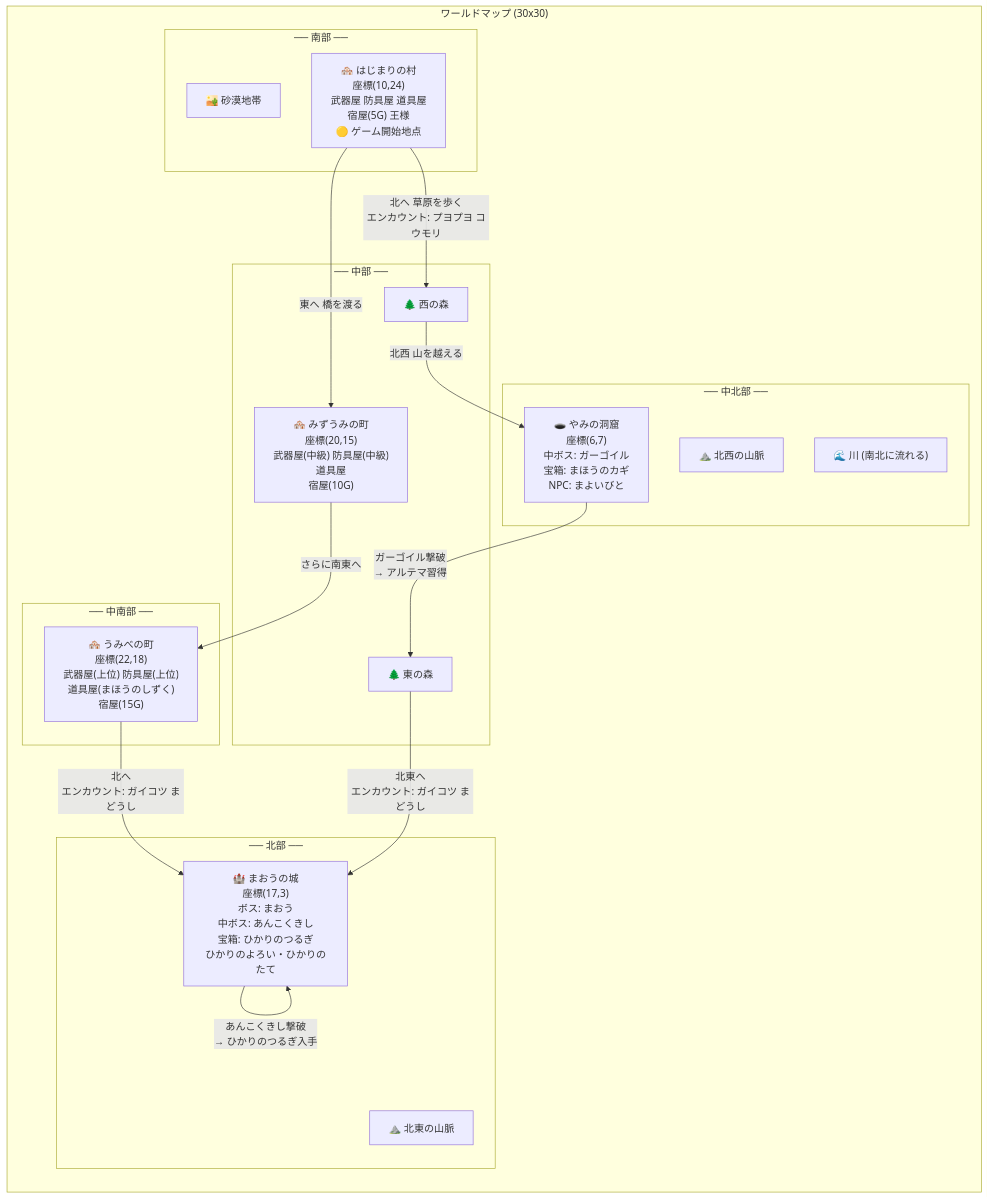
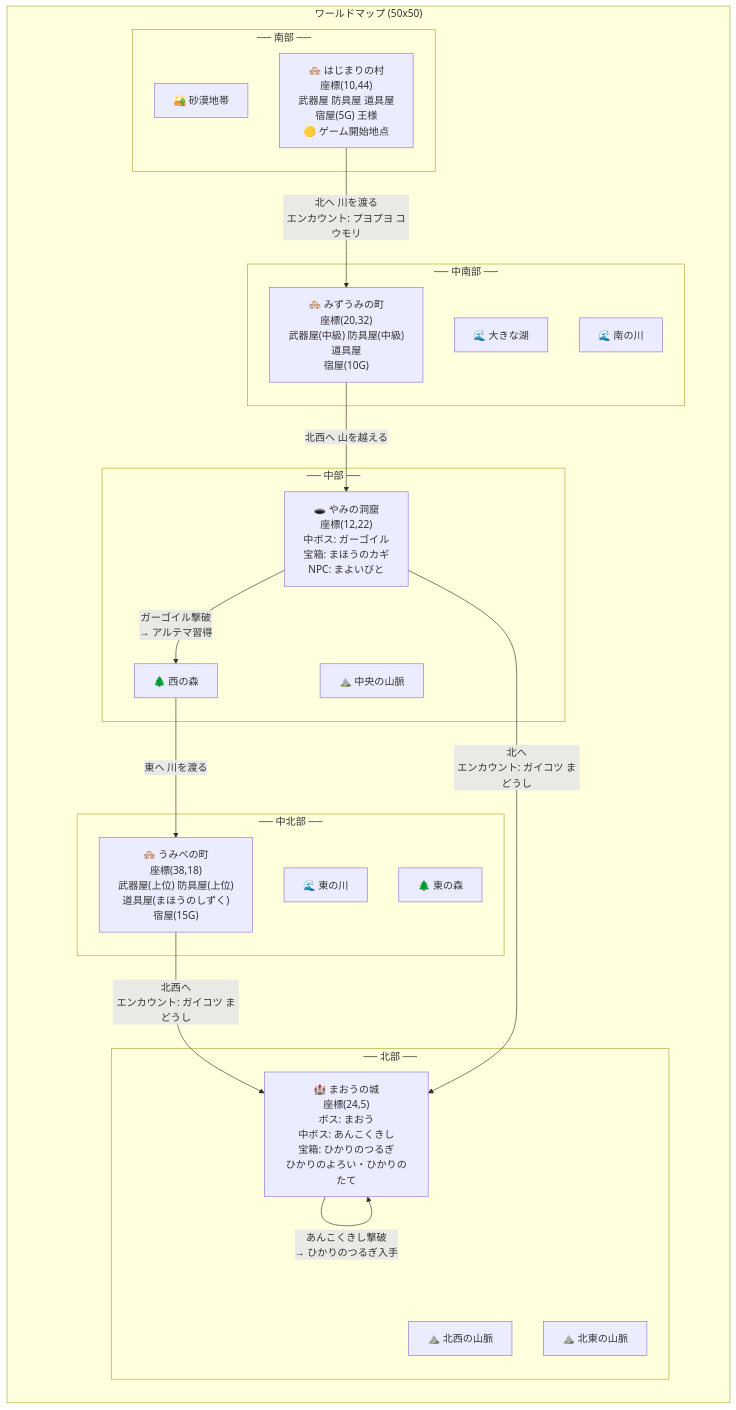
Before and after one commit to ashoji/tale-of-yusha: the first of 3 diagrams in README.md, drawn with Mermaid. The commit also changed other lines of this file, not shown here.

Commit message:
Update README for 50x50 world map and new location coordinates

````diff
--- a/README.md
+++ b/README.md
@@ -130,41 +130,43 @@
 ```mermaid
 graph TB
-    subgraph world["ワールドマップ (30x30)"]
+    subgraph world["ワールドマップ (50x50)"]
         direction TB
         
         subgraph north["── 北部 ──"]
-            DC["🏰 まおうの城<br/>座標(17,3)<br/>ボス: まおう<br/>中ボス: あんこくきし<br/>宝箱: ひかりのつるぎ<br/>ひかりのよろい・ひかりのたて"]
+            DC["🏰 まおうの城<br/>座標(24,5)<br/>ボス: まおう<br/>中ボス: あんこくきし<br/>宝箱: ひかりのつるぎ<br/>ひかりのよろい・ひかりのたて"]
+            MT1["⛰️ 北西の山脈"]
             MT2["⛰️ 北東の山脈"]
         end
         
         subgraph midnorth["── 中北部 ──"]
-            MT1["⛰️ 北西の山脈"]
-            CV["🕳️ やみの洞窟<br/>座標(6,7)<br/>中ボス: ガーゴイル<br/>宝箱: まほうのカギ<br/>NPC: まよいびと"]
-            RV["🌊 川 (南北に流れる)"]
+            PT["🏘️ うみべの町<br/>座標(38,18)<br/>武器屋(上位) 防具屋(上位)<br/>道具屋(まほうのしずく)<br/>宿屋(15G)"]
+            RV2["🌊 東の川"]
+            FR2["🌲 東の森"]
         end
         
         subgraph mid["── 中部 ──"]
-            LK["🏘️ みずうみの町<br/>座標(20,15)<br/>武器屋(中級) 防具屋(中級)<br/>道具屋<br/>宿屋(10G)"]
+            CV["🕳️ やみの洞窟<br/>座標(12,22)<br/>中ボス: ガーゴイル<br/>宝箱: まほうのカギ<br/>NPC: まよいびと"]
+            MT3["⛰️ 中央の山脈"]
             FR1["🌲 西の森"]
-            FR2["🌲 東の森"]
         end
         
         subgraph midsouth["── 中南部 ──"]
-            PT["🏘️ うみべの町<br/>座標(22,18)<br/>武器屋(上位) 防具屋(上位)<br/>道具屋(まほうのしずく)<br/>宿屋(15G)"]
+            LK["🏘️ みずうみの町<br/>座標(20,32)<br/>武器屋(中級) 防具屋(中級)<br/>道具屋<br/>宿屋(10G)"]
+            LAKE["🌊 大きな湖"]
+            RV1["🌊 南の川"]
         end
         
         subgraph south["── 南部 ──"]
             DS["🏜️ 砂漠地帯"]
-            ST["🏘️ はじまりの村<br/>座標(10,24)<br/>武器屋 防具屋 道具屋<br/>宿屋(5G) 王様<br/>🟡 ゲーム開始地点"]
+            ST["🏘️ はじまりの村<br/>座標(10,44)<br/>武器屋 防具屋 道具屋<br/>宿屋(5G) 王様<br/>🟡 ゲーム開始地点"]
         end
     end
 
-    ST -->|"北へ 草原を歩く<br/>エンカウント: プヨプヨ コウモリ"| FR1
-    FR1 -->|"北西 山を越える"| CV
-    ST -->|"東へ 橋を渡る"| LK
-    LK -->|"さらに南東へ"| PT
-    PT -->|"北へ<br/>エンカウント: ガイコツ まどうし"| DC
-    CV -->|"ガーゴイル撃破<br/>→ アルテマ習得"| FR2
-    FR2 -->|"北東へ<br/>エンカウント: ガイコツ まどうし"| DC
+    ST -->|"北へ 川を渡る<br/>エンカウント: プヨプヨ コウモリ"| LK
+    LK -->|"北西へ 山を越える"| CV
+    CV -->|"ガーゴイル撃破<br/>→ アルテマ習得"| FR1
+    FR1 -->|"東へ 川を渡る"| PT
+    PT -->|"北西へ<br/>エンカウント: ガイコツ まどうし"| DC
+    CV -->|"北へ<br/>エンカウント: ガイコツ まどうし"| DC
     DC -->|"あんこくきし撃破<br/>→ ひかりのつるぎ入手"| DC
 ```
````
